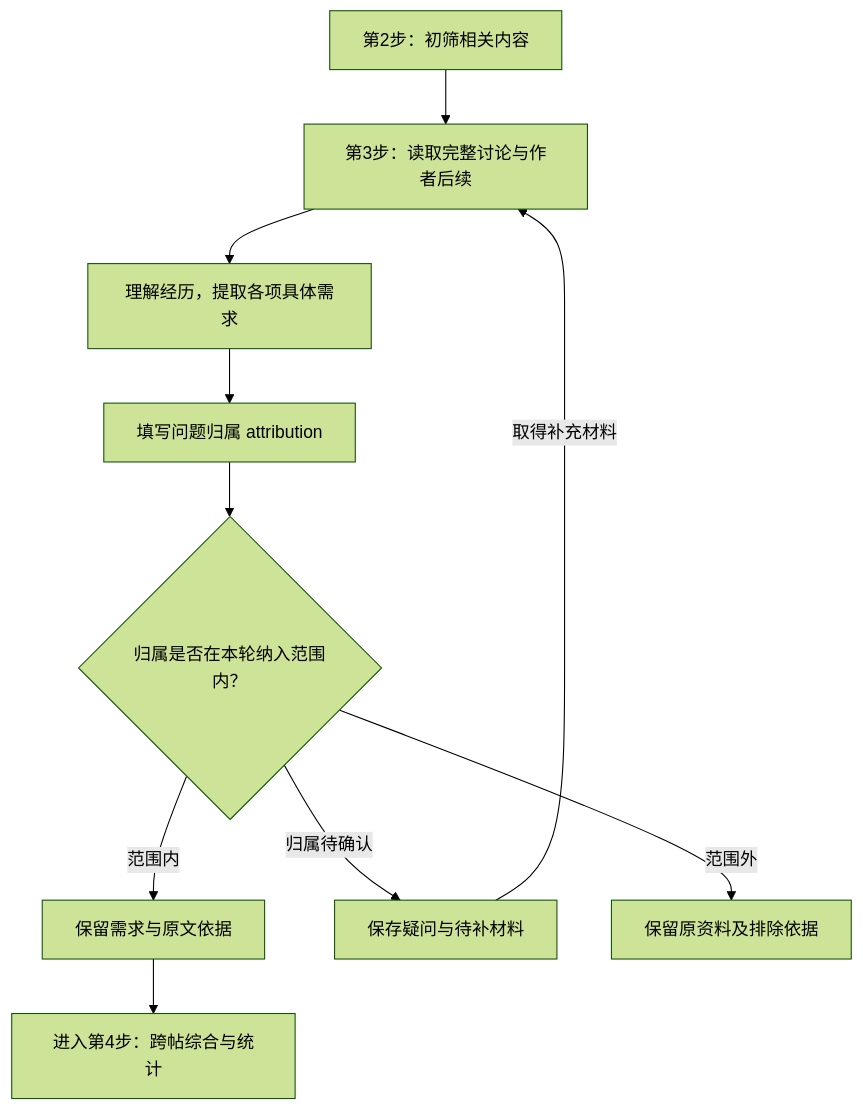
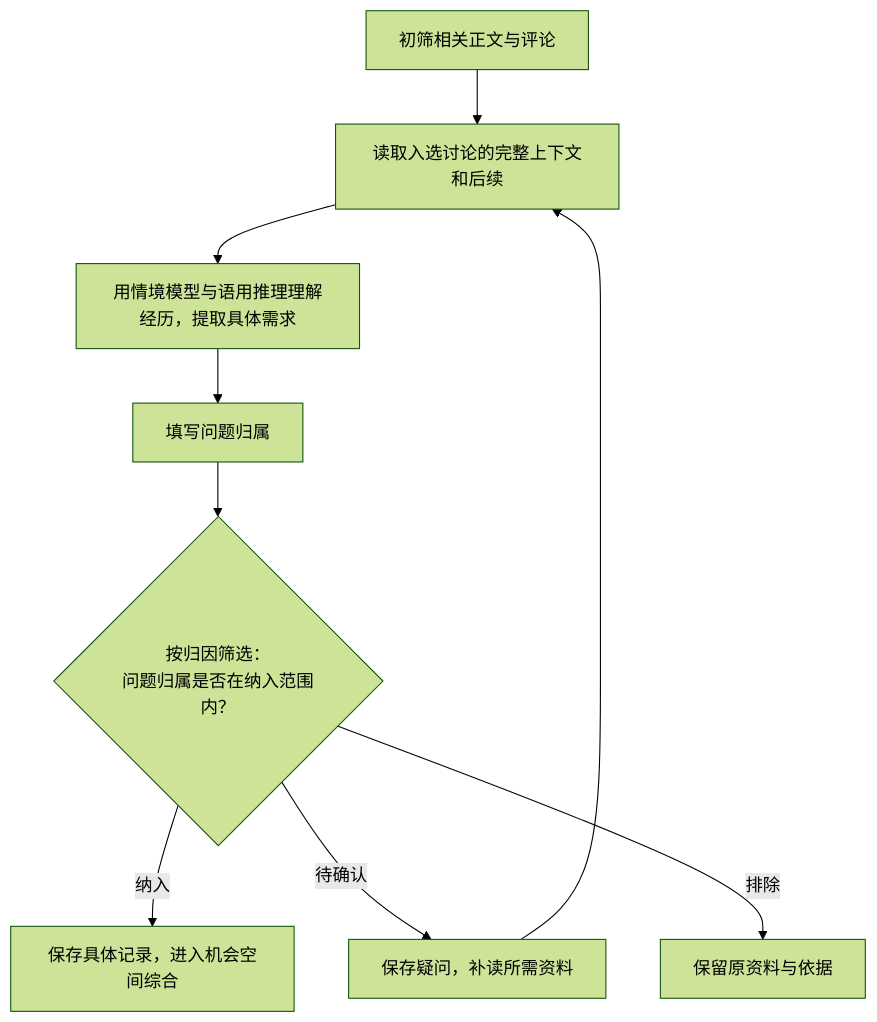
One commit to ezra-y/agents_kit changed the diagram in skills/product/reddit-community-research/references/needs.md. Above: the diagram before and after it, drawn with Mermaid (forest theme). The commit also changed other lines of this file and 9 other files, not shown here.

````diff
--- a/skills/product/reddit-community-research/references/needs.md
+++ b/skills/product/reddit-community-research/references/needs.md
@@ -5,12 +5,11 @@
 ```mermaid
 flowchart TD
-    A["第2步：初筛相关内容"] --> B["第3步：读取完整讨论与作者后续"]
-    B --> C["理解经历，提取各项具体需求"]
-    C --> D["填写问题归属 attribution"]
-    D --> E{"归属是否在本轮纳入范围内？"}
-    E -->|范围内| F["保留需求与原文依据"]
-    E -->|归属待确认| G["保存疑问与待补材料"]
-    E -->|范围外| H["保留原资料及排除依据"]
-    G -->|取得补充材料| B
-    F --> I["进入第4步：跨帖综合与统计"]
+    A["初筛相关正文与评论"] --> B["读取入选讨论的完整上下文和后续"]
+    B --> C["用情境模型与语用推理理解经历，提取具体需求"]
+    C --> D["填写问题归属"]
+    D --> E{"按归因筛选：<br/>问题归属是否在纳入范围内？"}
+    E -->|纳入| F["保存具体记录，进入机会空间综合"]
+    E -->|待确认| G["保存疑问，补读所需资料"]
+    E -->|排除| H["保留原资料与依据"]
+    G --> B
 ```
````
